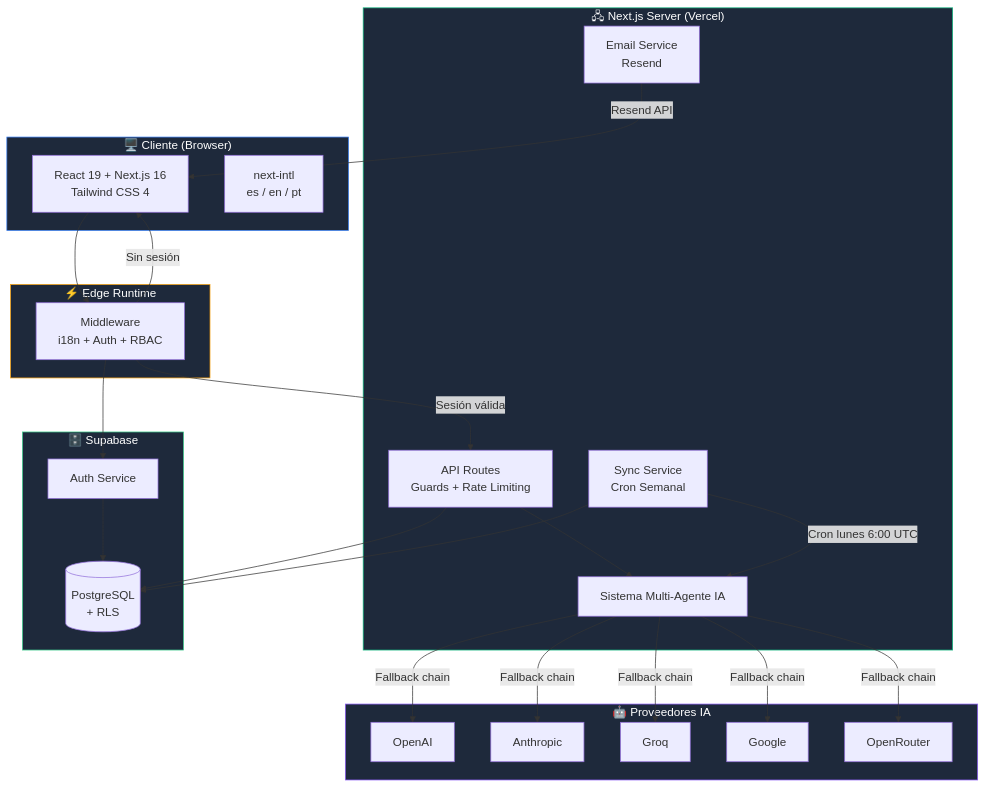
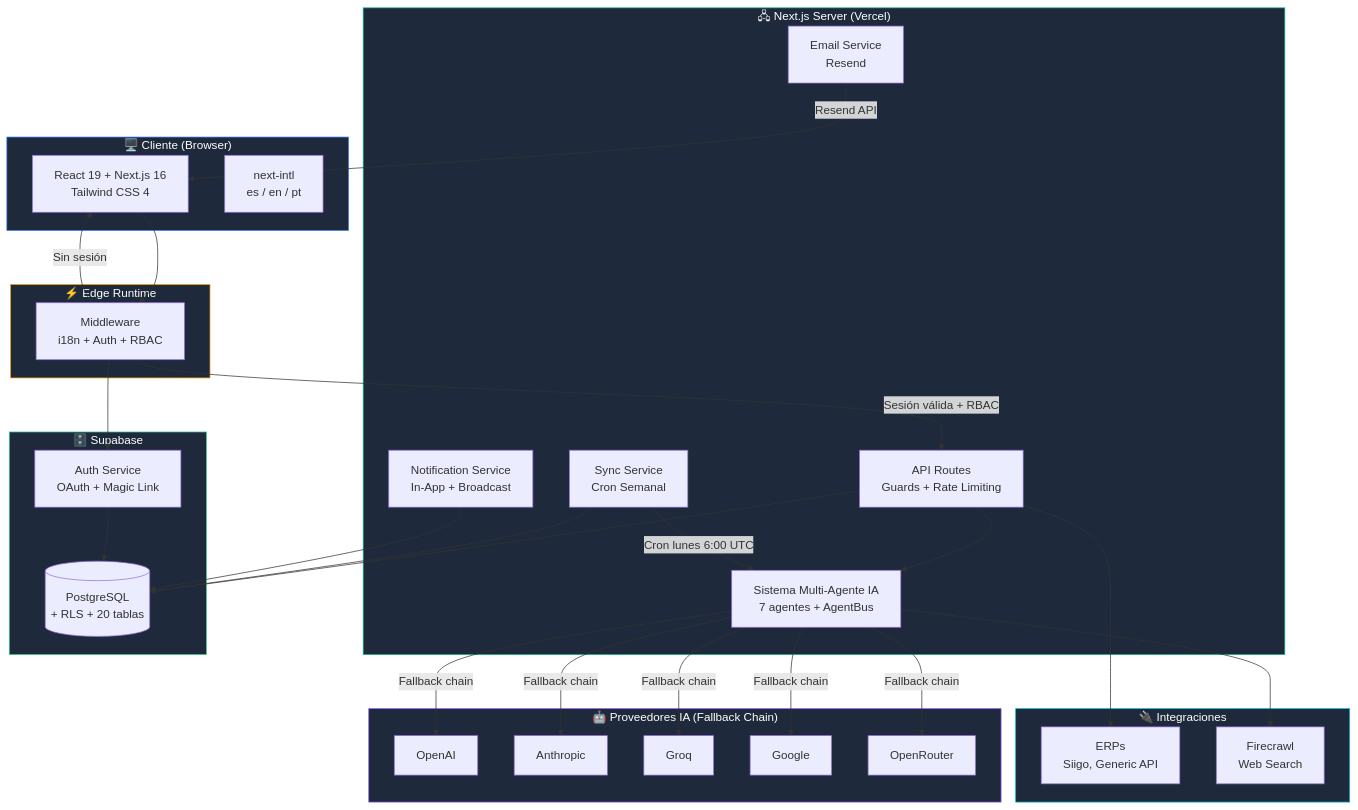
Before and after one commit to Shiroe-95/NominaApp: the first of 9 diagrams in README.md, drawn with Mermaid. The commit also changed other lines of this file, not shown here.

Commit message:
docs: rewrite README from scratch with comprehensive architecture diagrams, multi-agent system docs, API reference, design system, and detailed configuration guide

````diff
--- a/README.md
+++ b/README.md
@@ -118,53 +140,59 @@
 ```mermaid
 graph TB
     subgraph Cliente["🖥️ Cliente (Browser)"]
         UI[React 19 + Next.js 16<br/>Tailwind CSS 4]
         I18N[next-intl<br/>es / en / pt]
     end
 
     subgraph Edge["⚡ Edge Runtime"]
         MW[Middleware<br/>i18n + Auth + RBAC]
     end
 
     subgraph Server["🖧 Next.js Server (Vercel)"]
         API[API Routes<br/>Guards + Rate Limiting]
-        AGENTS[Sistema Multi-Agente IA]
+        AGENTS[Sistema Multi-Agente IA<br/>7 agentes + AgentBus]
         SYNC[Sync Service<br/>Cron Semanal]
         EMAIL[Email Service<br/>Resend]
+        NOTIF[Notification Service<br/>In-App + Broadcast]
     end
 
-    subgraph AI["🤖 Proveedores IA"]
+    subgraph AI["🤖 Proveedores IA (Fallback Chain)"]
         OAI[OpenAI]
         ANT[Anthropic]
         GRQ[Groq]
         GOO[Google]
         ORT[OpenRouter]
     end
 
     subgraph DB["🗄️ Supabase"]
-        PG[(PostgreSQL<br/>+ RLS)]
-        AUTH[Auth Service]
+        PG[(PostgreSQL<br/>+ RLS + 20 tablas)]
+        AUTH[Auth Service<br/>OAuth + Magic Link]
+    end
+
+    subgraph EXT["🔌 Integraciones"]
+        ERP[ERPs<br/>Siigo, Generic API]
+        FIRE[Firecrawl<br/>Web Search]
     end
 
     UI --> MW
-    MW -->|Sesión válida| API
+    MW -->|Sesión válida + RBAC| API
     MW -->|Sin sesión| UI
     API --> AGENTS
     API --> PG
-    AGENTS -->|Fallback chain| OAI
-    AGENTS -->|Fallback chain| ANT
-    AGENTS -->|Fallback chain| GRQ
-    AGENTS -->|Fallback chain| GOO
-    AGENTS -->|Fallback chain| ORT
+    AGENTS -->|Fallback chain| OAI & ANT & GRQ & GOO & ORT
     SYNC -->|Cron lunes 6:00 UTC| AGENTS
     SYNC --> PG
     EMAIL -->|Resend API| UI
+    NOTIF --> PG
     MW --> AUTH
     AUTH --> PG
+    API --> ERP
+    AGENTS --> FIRE
 
     style Cliente fill:#1e293b,stroke:#3b82f6,color:#fff
     style Edge fill:#1e293b,stroke:#f59e0b,color:#fff
     style Server fill:#1e293b,stroke:#10b981,color:#fff
     style AI fill:#1e293b,stroke:#8b5cf6,color:#fff
     style DB fill:#1e293b,stroke:#3ecf8e,color:#fff
+    style EXT fill:#1e293b,stroke:#06b6d4,color:#fff
 ```
````
